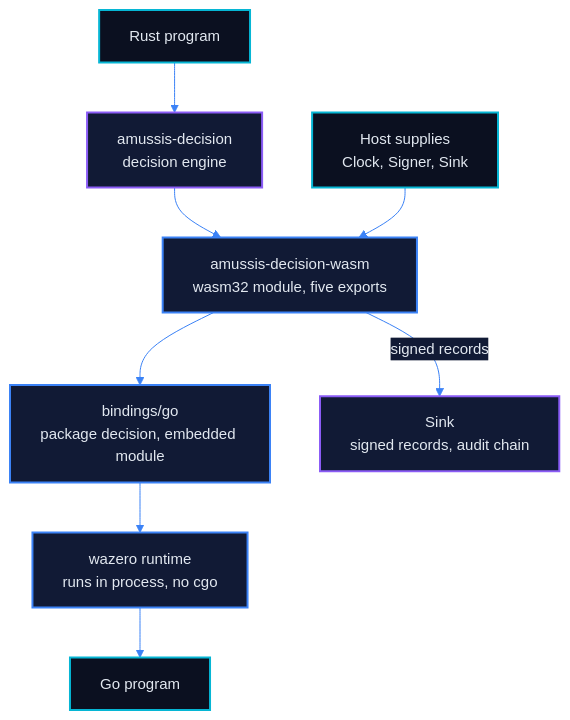
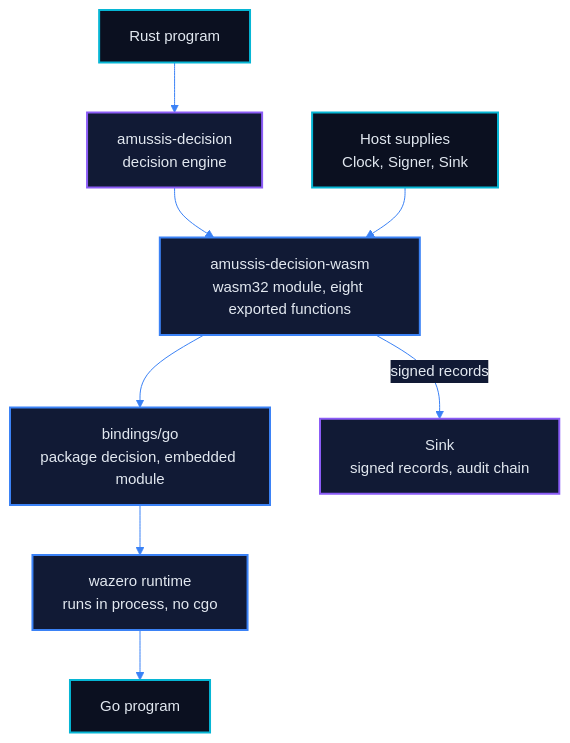
One commit to plurano/amussis changed the diagram in README.md. Above: the diagram before and after it, drawn with Mermaid. The commit also changed other lines of this file and 2 other files, not shown here.

First line of the commit message:
docs: count the module's exports and deploy only the current main

````diff
--- a/README.md
+++ b/README.md
@@ -95,24 +95,24 @@
 ```mermaid
 %%{init: {'theme': 'base', 'themeVariables': {'fontFamily': 'ui-sans-serif, Segoe UI, Helvetica, Arial, sans-serif', 'fontSize': '15px', 'primaryColor': '#111a35', 'primaryTextColor': '#e2e8f0', 'primaryBorderColor': '#3b82f6', 'lineColor': '#3b82f6', 'edgeLabelBackground': '#111a35', 'tertiaryColor': '#0b1020'}}}%%
 flowchart TD
   classDef input fill:#0b1020,stroke:#06b6d4,stroke-width:2px,color:#e2e8f0
   classDef step fill:#111a35,stroke:#3b82f6,stroke-width:2px,color:#e2e8f0
   classDef decide fill:#111a35,stroke:#8b5cf6,stroke-width:2px,color:#e2e8f0
 
   rust["Rust program"]:::input
   engine["amussis-decision<br/>decision engine"]:::decide
-  wasm["amussis-decision-wasm<br/>wasm32 module, five exports"]:::step
+  wasm["amussis-decision-wasm<br/>wasm32 module, eight exported functions"]:::step
   host["Host supplies<br/>Clock, Signer, Sink"]:::input
   gobind["bindings/go<br/>package decision, embedded module"]:::step
   wazero["wazero runtime<br/>runs in process, no cgo"]:::step
   goprog["Go program"]:::input
   sink["Sink<br/>signed records, audit chain"]:::decide
 
   rust --> engine
   engine --> wasm
   host --> wasm
   wasm --> gobind
   gobind --> wazero
   wazero --> goprog
   wasm -->|signed records| sink
 ```
````
